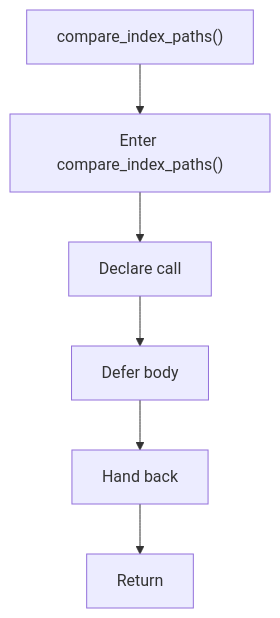
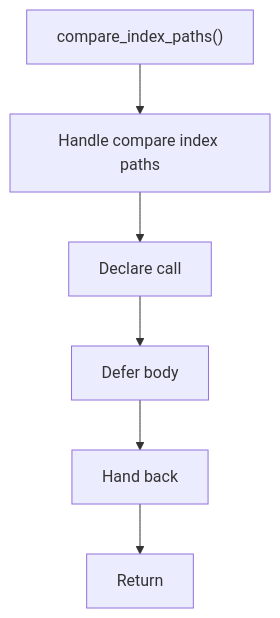
One commit to JohnAndrewBalbarosa/NeoTerritory changed the diagram in docs/Codebase/Microservice/Modules/Header/SyntacticBrokenAST/HashingMechanism/HashLinks/Internal/Flow/functions/compare_index_paths.hpp.md. Above: the diagram before and after it, drawn with Mermaid. The commit also changed other lines of this file and 915 other files, not shown here.

````diff
--- a/docs/Codebase/Microservice/Modules/Header/SyntacticBrokenAST/HashingMechanism/HashLinks/Internal/Flow/functions/compare_index_paths.hpp.md
+++ b/docs/Codebase/Microservice/Modules/Header/SyntacticBrokenAST/HashingMechanism/HashLinks/Internal/Flow/functions/compare_index_paths.hpp.md
@@ -16,14 +16,14 @@
 ```mermaid
 flowchart TD
     Start["compare_index_paths()"]
-    N0["Enter compare_index_paths()"]
+    N0["Handle compare index paths"]
     N1["Declare call"]
     N2["Defer body"]
     N3["Hand back"]
     End["Return"]
     Start --> N0
     N0 --> N1
     N1 --> N2
     N2 --> N3
     N3 --> End
 ```
````
